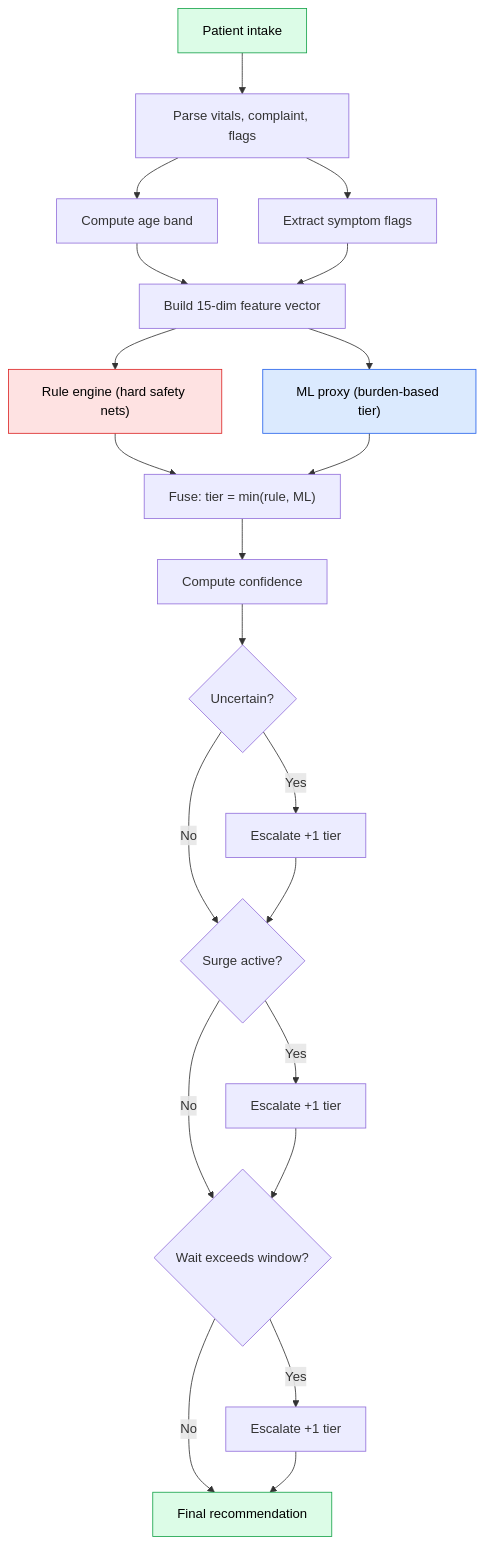
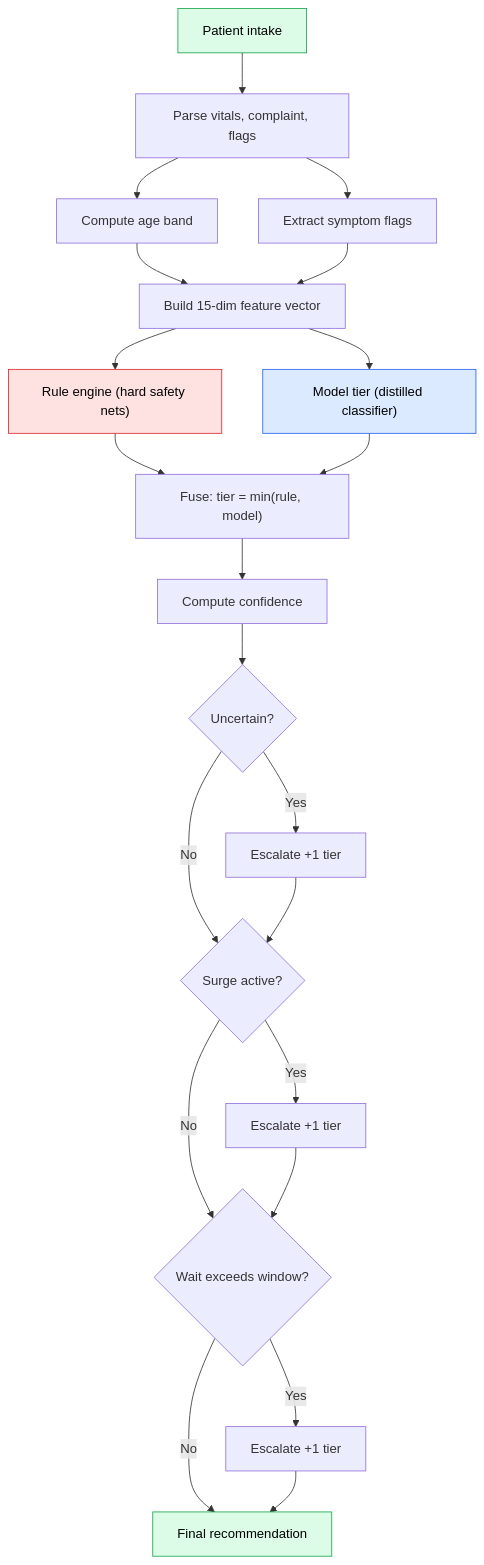
The second of 3 diagrams in README.md (HarshvardhanJ/TriageSetu), drawn with Mermaid before and after one commit. The commit also changed other lines of this file and 34 other files, not shown here.

````diff
--- a/README.md
+++ b/README.md
@@ -100,33 +102,33 @@
 ```mermaid
 flowchart TD
     Start["Patient intake"] --> Parse["Parse vitals, complaint, flags"]
     Parse --> AgeBand["Compute age band"]
     Parse --> Symptoms["Extract symptom flags"]
     AgeBand --> Features["Build 15-dim feature vector"]
     Symptoms --> Features
 
     Features --> RuleEngine["Rule engine (hard safety nets)"]
-    Features --> MLProxy["ML proxy (burden-based tier)"]
+    Features --> ModelTier["Model tier (distilled classifier)"]
 
-    RuleEngine --> Fuse["Fuse: tier = min(rule, ML)"]
-    MLProxy --> Fuse
+    RuleEngine --> Fuse["Fuse: tier = min(rule, model)"]
+    ModelTier --> Fuse
 
     Fuse --> Confidence["Compute confidence"]
     Confidence --> Check{"Uncertain?"}
     Check -->|"Yes"| Escalate["Escalate +1 tier"]
     Check -->|"No"| Surge{"Surge active?"}
     Escalate --> Surge
 
     Surge -->|"Yes"| SurgeUp["Escalate +1 tier"]
     Surge -->|"No"| Wait{"Wait exceeds window?"}
     SurgeUp --> Wait
 
     Wait -->|"Yes"| Overdue["Escalate +1 tier"]
     Wait -->|"No"| Final["Final recommendation"]
     Overdue --> Final
 
     style Start fill:#dcfce7,stroke:#16a34a,color:#000
     style RuleEngine fill:#fee2e2,stroke:#dc2626,color:#000
-    style MLProxy fill:#dbeafe,stroke:#2563eb,color:#000
+    style ModelTier fill:#dbeafe,stroke:#2563eb,color:#000
     style Final fill:#dcfce7,stroke:#16a34a,color:#000
 ```
````
